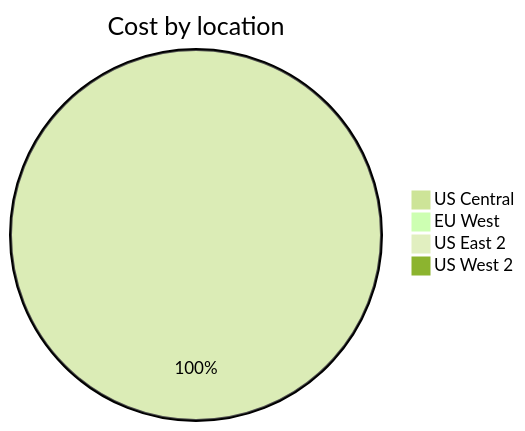
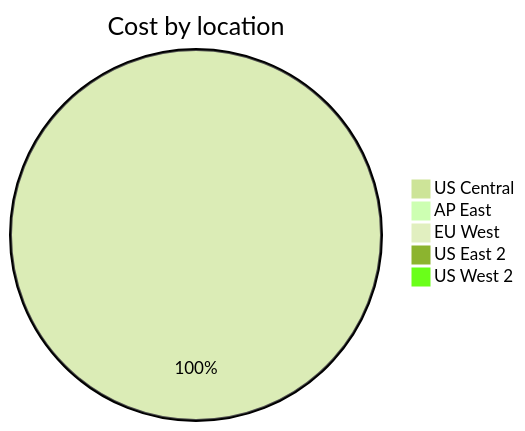
One commit to jpfulton/azure-personal-reports changed the third of 4 diagrams in cost-reports/personal-site/personal-site.md. Above: the diagram before and after it, drawn with Mermaid (forest theme). The commit also changed other lines of this file and 6 other files, not shown here.

````diff
--- a/cost-reports/personal-site/personal-site.md
+++ b/cost-reports/personal-site/personal-site.md
@@ -110,8 +111,9 @@
 ```mermaid
 pie
    title Cost by location
-   "US Central" : 0.22
+   "US Central" : 0.52
+   "AP East" : 0.00
    "EU West" : 0.00
    "US East 2" : 0.00
    "US West 2" : 0.00
 ```
````
